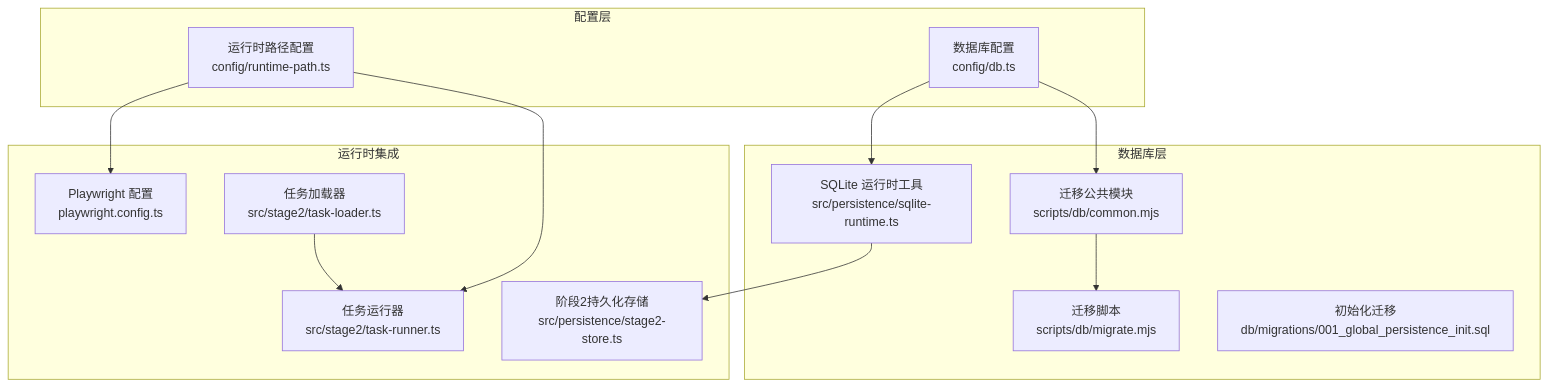
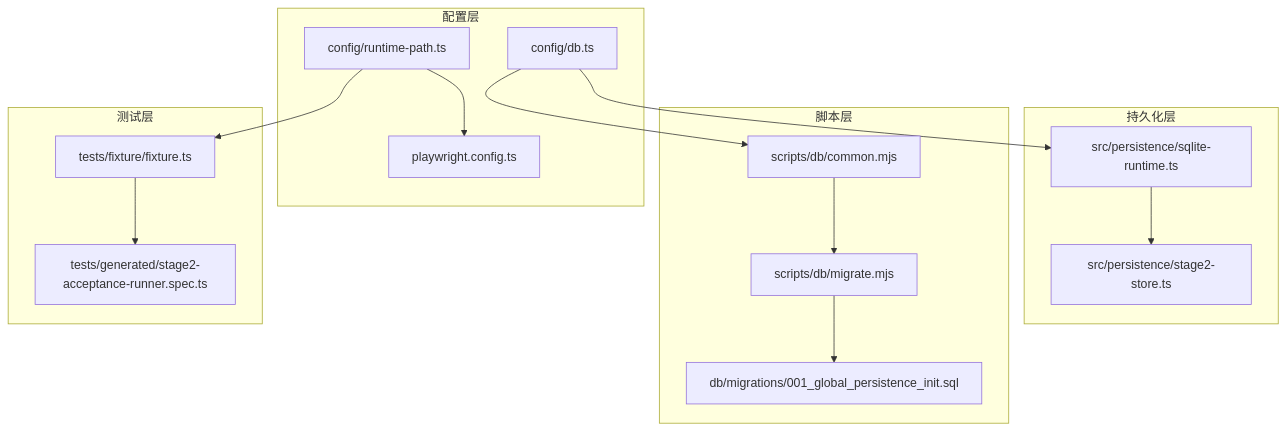
The first of 6 diagrams in .qoder/repowiki/zh/content/配置管理系统/配置管理系统.md (Jiane-EJ/playwright-mind), drawn with Mermaid before and after one commit. The commit also changed other lines of this file and 151 other files, not shown here.

````diff
--- a/.qoder/repowiki/zh/content/配置管理系统/配置管理系统.md
+++ b/.qoder/repowiki/zh/content/配置管理系统/配置管理系统.md
@@ -52,26 +44,29 @@
 ```mermaid
 graph TB
 subgraph "配置层"
-RT["运行时路径配置<br/>config/runtime-path.ts"]
-DB["数据库配置<br/>config/db.ts"]
+RP["config/runtime-path.ts"]
+DB_CFG["config/db.ts"]
+PWCFG["playwright.config.ts"]
 end
-subgraph "运行时集成"
-PW["Playwright 配置<br/>playwright.config.ts"]
-TL["任务加载器<br/>src/stage2/task-loader.ts"]
-TR["任务运行器<br/>src/stage2/task-runner.ts"]
-S2S["阶段2持久化存储<br/>src/persistence/stage2-store.ts"]
+subgraph "持久化层"
+SQLITE_RT["src/persistence/sqlite-runtime.ts"]
+STAGE2_STORE["src/persistence/stage2-store.ts"]
 end
-subgraph "数据库层"
-SR["SQLite 运行时工具<br/>src/persistence/sqlite-runtime.ts"]
-CM["迁移公共模块<br/>scripts/db/common.mjs"]
-MM["迁移脚本<br/>scripts/db/migrate.mjs"]
-SQL["初始化迁移<br/>db/migrations/001_global_persistence_init.sql"]
+subgraph "脚本层"
+DB_COMMON["scripts/db/common.mjs"]
+DB_MIGRATE["scripts/db/migrate.mjs"]
+MIG_SQL["db/migrations/001_global_persistence_init.sql"]
 end
-RT --> PW
-RT --> TR
-DB --> SR
-DB --> CM
-CM --> MM
-SR --> S2S
-TL --> TR
+subgraph "测试层"
+FIX["tests/fixture/fixture.ts"]
+SPEC["tests/generated/stage2-acceptance-runner.spec.ts"]
+end
+RP --> PWCFG
+RP --> FIX
+DB_CFG --> SQLITE_RT
+DB_CFG --> DB_COMMON
+DB_COMMON --> DB_MIGRATE
+DB_MIGRATE --> MIG_SQL
+SQLITE_RT --> STAGE2_STORE
+FIX --> SPEC
 ```
````
